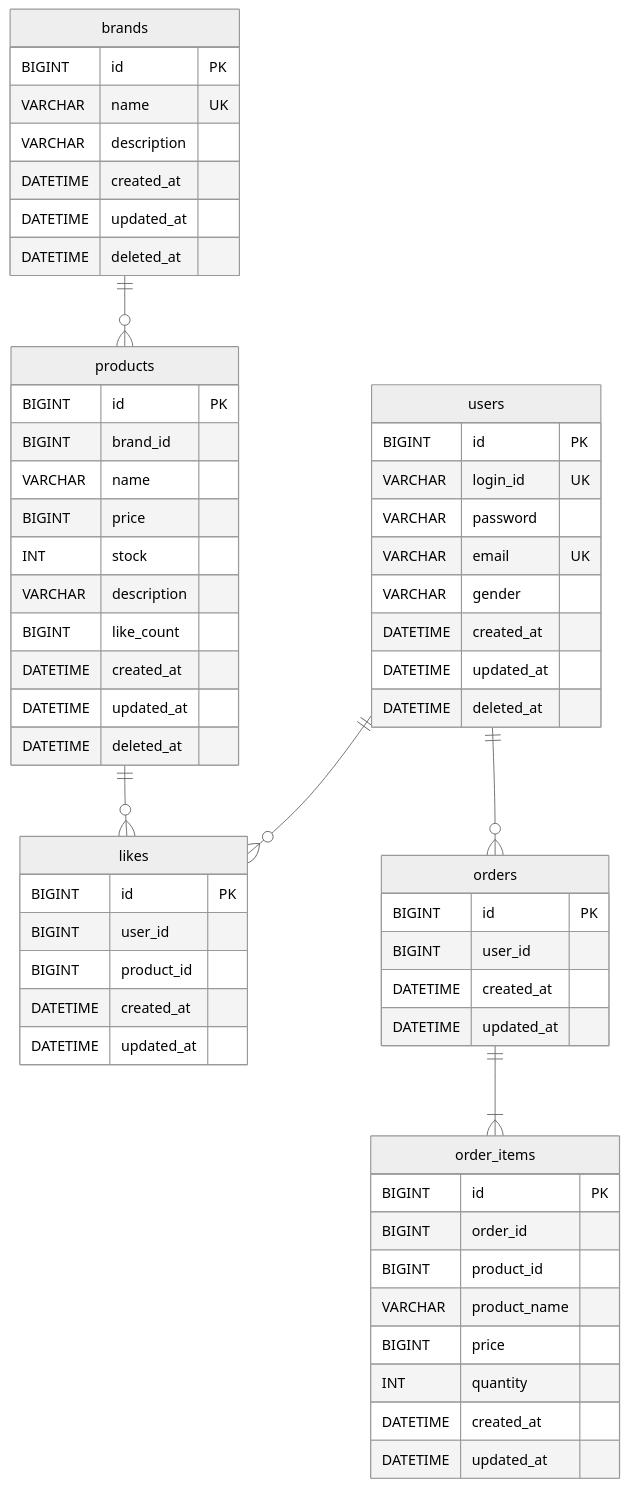
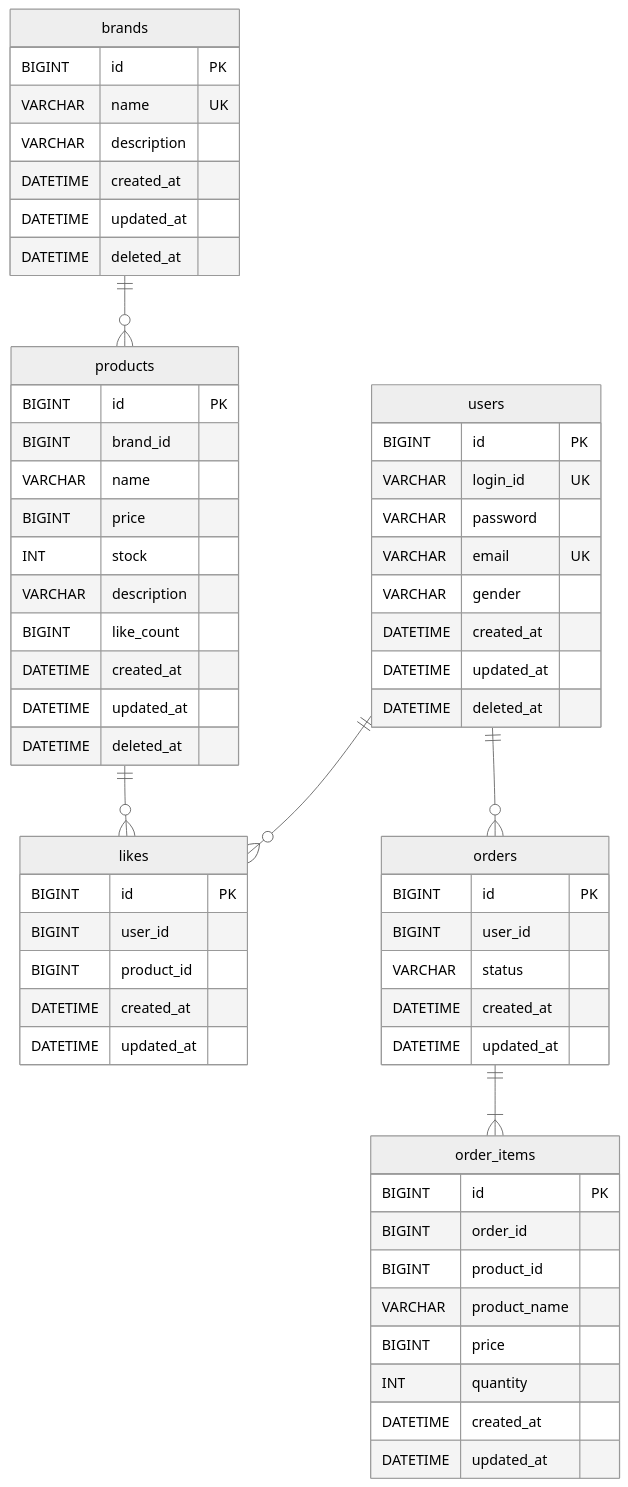
The diagram in .docs/design/04-erd.md (loopers-labs/loop-pack-be-l2-vol4-java), drawn with Mermaid (neutral theme) before and after one commit. The commit also changed 2 other files, not shown here.

Commit message:
docs: 시퀀스 다이어그램 activation bar 추가 및 설계 보완

````diff
--- a/.docs/design/04-erd.md
+++ b/.docs/design/04-erd.md
@@ -5,67 +5,68 @@
 ```mermaid
 erDiagram
     users {
         BIGINT id PK
         VARCHAR login_id UK
         VARCHAR password
         VARCHAR email UK
         VARCHAR gender
         DATETIME created_at
         DATETIME updated_at
         DATETIME deleted_at
     }
 
     brands {
         BIGINT id PK
         VARCHAR name UK
         VARCHAR description
         DATETIME created_at
         DATETIME updated_at
         DATETIME deleted_at
     }
 
     products {
         BIGINT id PK
         BIGINT brand_id
         VARCHAR name
         BIGINT price
         INT stock
         VARCHAR description
         BIGINT like_count
         DATETIME created_at
         DATETIME updated_at
         DATETIME deleted_at
     }
 
     likes {
         BIGINT id PK
         BIGINT user_id
         BIGINT product_id
         DATETIME created_at
         DATETIME updated_at
     }
 
     orders {
         BIGINT id PK
         BIGINT user_id
+        VARCHAR status
         DATETIME created_at
         DATETIME updated_at
     }
 
     order_items {
         BIGINT id PK
         BIGINT order_id
         BIGINT product_id
         VARCHAR product_name
         BIGINT price
         INT quantity
         DATETIME created_at
         DATETIME updated_at
     }
 
     users ||--o{ likes : ""
     users ||--o{ orders : ""
     brands ||--o{ products : ""
     products ||--o{ likes : ""
     orders ||--|{ order_items : ""
 ```
````
